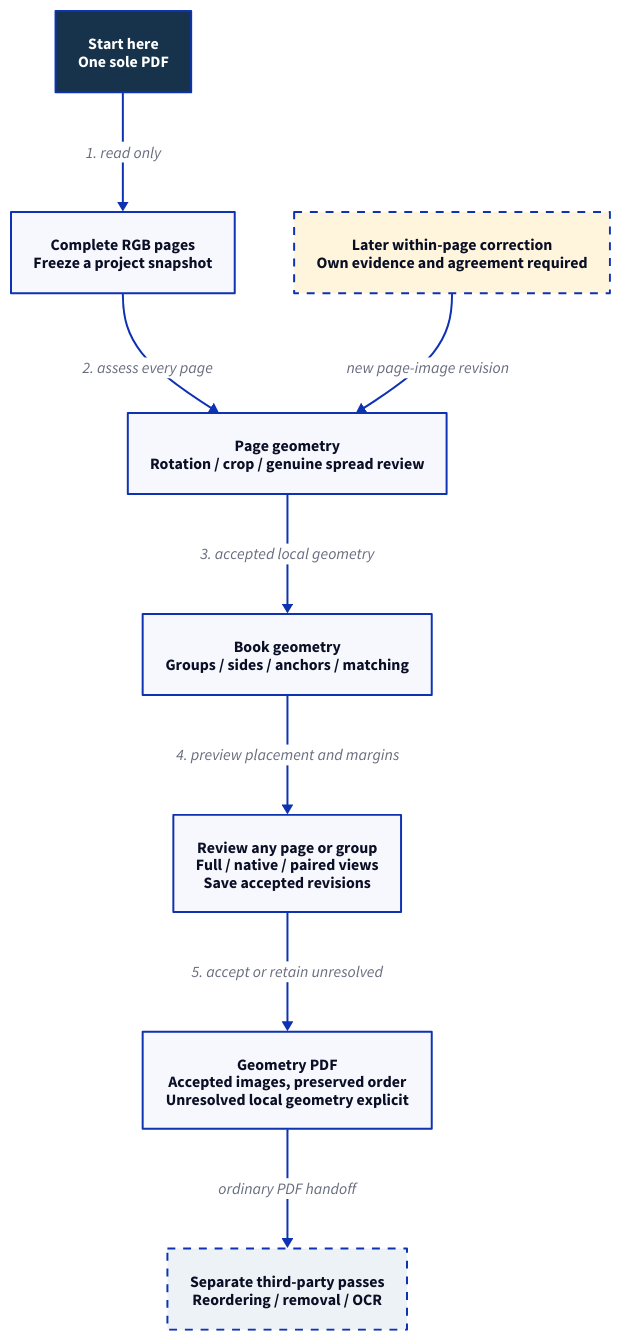
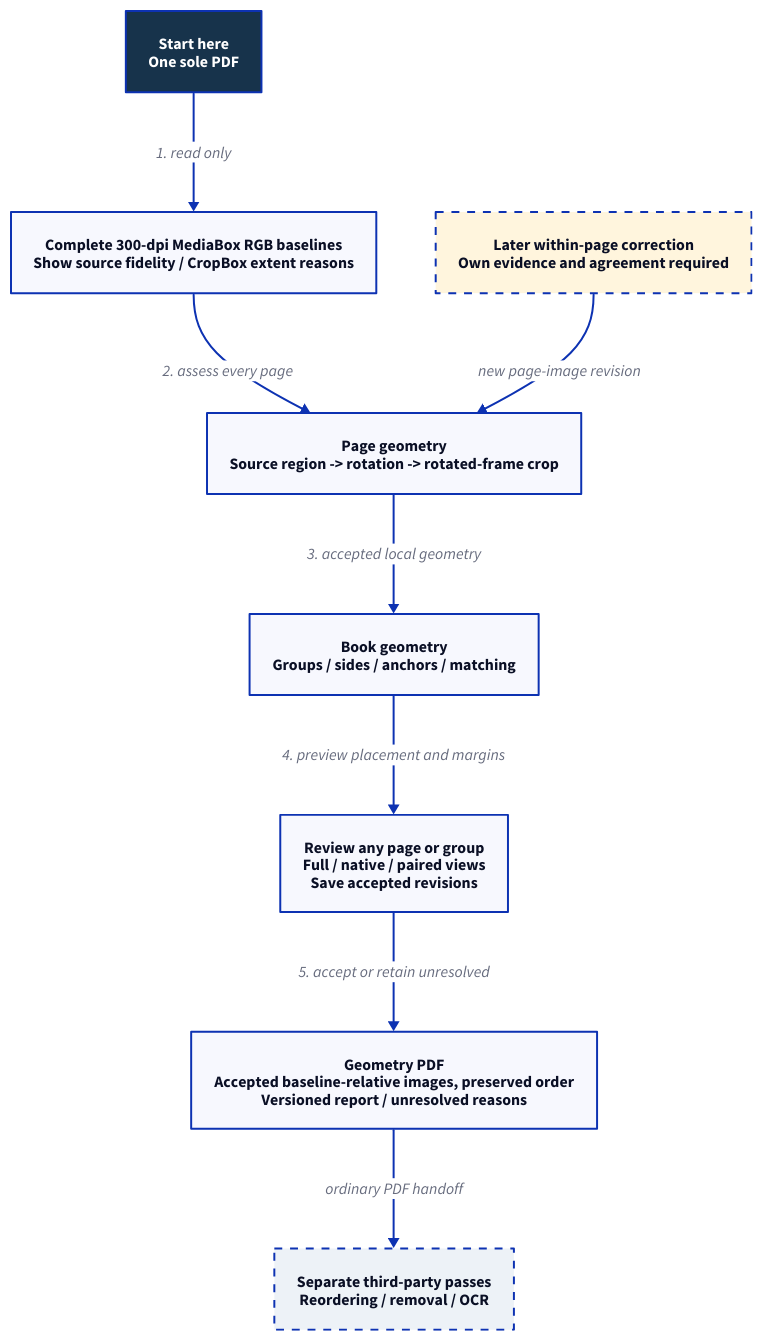
Before and after one commit to Linkuistics/BookScanBuilder: the diagram in docs/design/rotation-processor/workflow.d2, drawn with D2. The commit also changed 21 other files, not shown here.

Commit message:
rotation-processor-k46: integrate geometry design review with explicit import limits, parity and review/export lifecycle

```diff
--- a/docs/design/rotation-processor/workflow.d2
+++ b/docs/design/rotation-processor/workflow.d2
@@ -1,23 +1,23 @@
 direction: down
 classes: {
   start: {style: {fill: "#17334b"; font-color: white; bold: true}}
 }
 source: Start here\nOne sole PDF {class: start}
-import: Complete RGB pages\nFreeze a project snapshot
-local: Page geometry\nRotation / crop / genuine spread review
+import: Complete 300-dpi MediaBox RGB baselines\nShow source fidelity / CropBox extent reasons
+local: Page geometry\nSource region -> rotation -> rotated-frame crop
 book: Book geometry\nGroups / sides / anchors / matching
 review: Review any page or group\nFull / native / paired views\nSave accepted revisions
-export: Geometry PDF\nAccepted images, preserved order\nUnresolved local geometry explicit
+export: Geometry PDF\nAccepted baseline-relative images, preserved order\nVersioned report / unresolved reasons
 external: Separate third-party passes\nReordering / removal / OCR {
   style: {fill: "#edf2f7"; stroke-dash: 4}
 }
 later: Later within-page correction\nOwn evidence and agreement required {
   style: {fill: "#fff5dd"; stroke-dash: 4}
 }
 source -> import: "1. read only"
 import -> local: "2. assess every page"
 local -> book: "3. accepted local geometry"
 book -> review: "4. preview placement and margins"
 review -> export: "5. accept or retain unresolved"
 export -> external: ordinary PDF handoff
 later -> local: new page-image revision
```
